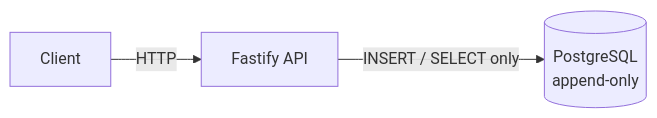
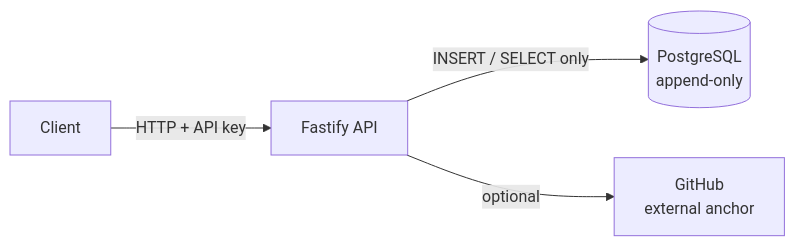
One commit to shmueldevCode/immutable-audit-log changed the second of 2 diagrams in README.md. Above: the diagram before and after it, drawn with Mermaid. The commit also changed other lines of this file, not shown here.

````diff
--- a/README.md
+++ b/README.md
@@ -45,5 +63,6 @@
 ```mermaid
 graph LR
-    Client -->|HTTP| API[Fastify API]
+    Client -->|HTTP + API key| API[Fastify API]
     API -->|INSERT / SELECT only| DB[(PostgreSQL<br/>append-only)]
+    API -->|optional| GH[GitHub<br/>external anchor]
 ```
````
